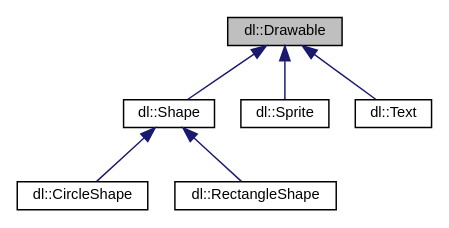
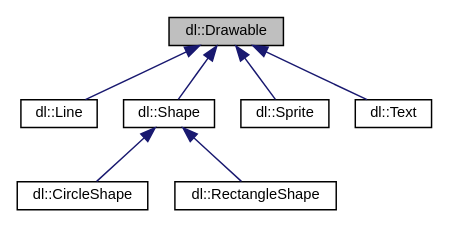
One commit to Dogbonee/Dualie changed the diagram in docs/classdl_1_1Drawable__inherit__graph.dot. Above: the diagram before and after it, drawn with Graphviz. The commit also changed 81 other files, not shown here.

```diff
--- a/docs/classdl_1_1Drawable__inherit__graph.dot
+++ b/docs/classdl_1_1Drawable__inherit__graph.dot
@@ -1,17 +1,19 @@
 digraph "dl::Drawable"
 {
  // LATEX_PDF_SIZE
   edge [fontname="Helvetica",fontsize="10",labelfontname="Helvetica",labelfontsize="10"];
   node [fontname="Helvetica",fontsize="10",shape=record];
   Node1 [label="dl::Drawable",height=0.2,width=0.4,color="black", fillcolor="grey75", style="filled", fontcolor="black",tooltip="The base class for any object that can be drawn to the screen."];
   Node1 -> Node2 [dir="back",color="midnightblue",fontsize="10",style="solid",fontname="Helvetica"];
-  Node2 [label="dl::Shape",height=0.2,width=0.4,color="black", fillcolor="white", style="filled",URL="$classdl_1_1Shape.html",tooltip="The base class for any shape."];
-  Node2 -> Node3 [dir="back",color="midnightblue",fontsize="10",style="solid",fontname="Helvetica"];
-  Node3 [label="dl::CircleShape",height=0.2,width=0.4,color="black", fillcolor="white", style="filled",URL="$classdl_1_1CircleShape.html",tooltip="A circle shape."];
-  Node2 -> Node4 [dir="back",color="midnightblue",fontsize="10",style="solid",fontname="Helvetica"];
-  Node4 [label="dl::RectangleShape",height=0.2,width=0.4,color="black", fillcolor="white", style="filled",URL="$classdl_1_1RectangleShape.html",tooltip="A rectangle shape."];
-  Node1 -> Node5 [dir="back",color="midnightblue",fontsize="10",style="solid",fontname="Helvetica"];
-  Node5 [label="dl::Sprite",height=0.2,width=0.4,color="black", fillcolor="white", style="filled",URL="$classdl_1_1Sprite.html",tooltip="A class used to handle the drawing and transformation of sprites."];
+  Node2 [label="dl::Line",height=0.2,width=0.4,color="black", fillcolor="white", style="filled",URL="$classdl_1_1Line.html",tooltip=" "];
+  Node1 -> Node3 [dir="back",color="midnightblue",fontsize="10",style="solid",fontname="Helvetica"];
+  Node3 [label="dl::Shape",height=0.2,width=0.4,color="black", fillcolor="white", style="filled",URL="$classdl_1_1Shape.html",tooltip="The base class for any shape."];
+  Node3 -> Node4 [dir="back",color="midnightblue",fontsize="10",style="solid",fontname="Helvetica"];
+  Node4 [label="dl::CircleShape",height=0.2,width=0.4,color="black", fillcolor="white", style="filled",URL="$classdl_1_1CircleShape.html",tooltip="A circle shape."];
+  Node3 -> Node5 [dir="back",color="midnightblue",fontsize="10",style="solid",fontname="Helvetica"];
+  Node5 [label="dl::RectangleShape",height=0.2,width=0.4,color="black", fillcolor="white", style="filled",URL="$classdl_1_1RectangleShape.html",tooltip="A rectangle shape."];
   Node1 -> Node6 [dir="back",color="midnightblue",fontsize="10",style="solid",fontname="Helvetica"];
-  Node6 [label="dl::Text",height=0.2,width=0.4,color="black", fillcolor="white", style="filled",URL="$classdl_1_1Text.html",tooltip="A class used to handle the transformation and drawing of visible text."];
+  Node6 [label="dl::Sprite",height=0.2,width=0.4,color="black", fillcolor="white", style="filled",URL="$classdl_1_1Sprite.html",tooltip="A class used to handle the drawing and transformation of sprites."];
+  Node1 -> Node7 [dir="back",color="midnightblue",fontsize="10",style="solid",fontname="Helvetica"];
+  Node7 [label="dl::Text",height=0.2,width=0.4,color="black", fillcolor="white", style="filled",URL="$classdl_1_1Text.html",tooltip="A class used to handle the transformation and drawing of visible text."];
 }
```
